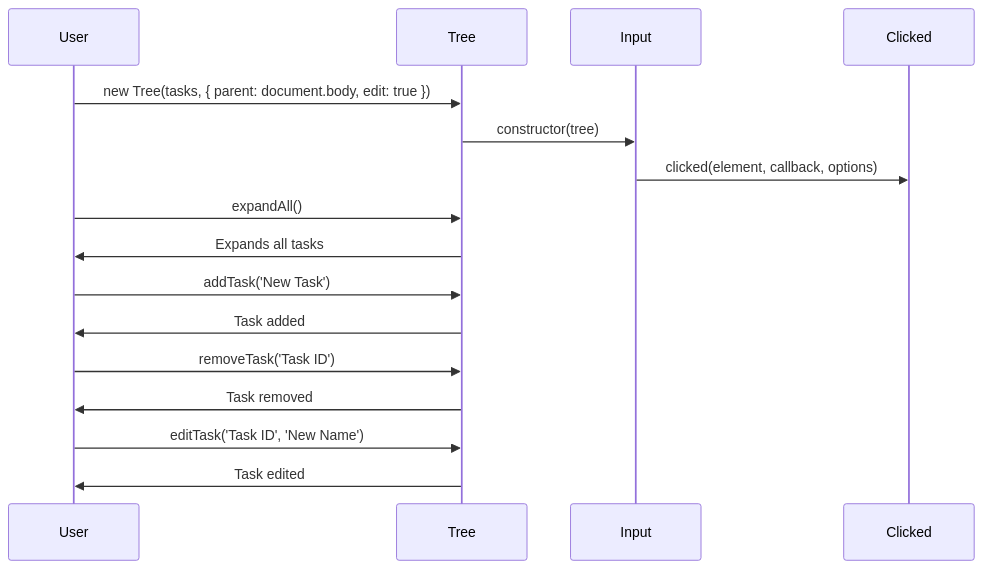
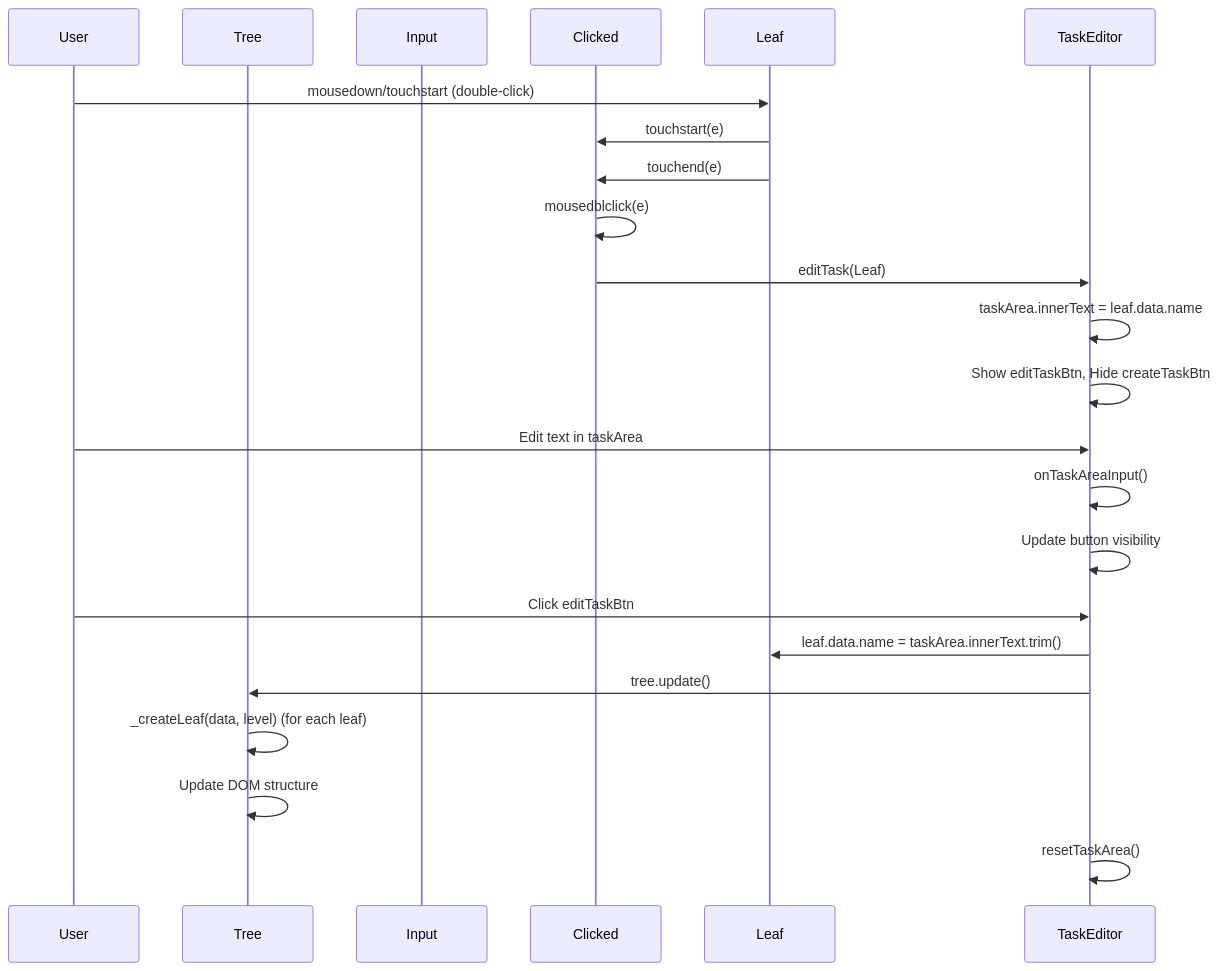
The first of 2 diagrams in README.md (alexut/taskape-editor), drawn with Mermaid before and after one commit. The commit also changed other lines of this file and 23 other files, not shown here.

````diff
--- a/README.md
+++ b/README.md
@@ -9,19 +9,28 @@
 ```mermaid
 sequenceDiagram
     participant User
     participant Tree
     participant Input
     participant Clicked
+    participant Leaf
+    participant TaskEditor
 
-    User->>Tree: new Tree(tasks, { parent: document.body, edit: true })
-    Tree->>Input: constructor(tree)
-    Input->>Clicked: clicked(element, callback, options)
-    User->>Tree: expandAll()
-    Tree->>User: Expands all tasks
-    User->>Tree: addTask('New Task')
-    Tree->>User: Task added
-    User->>Tree: removeTask('Task ID')
-    Tree->>User: Task removed
-    User->>Tree: editTask('Task ID', 'New Name')
-    Tree->>User: Task edited
+    User->>Leaf: mousedown/touchstart (double-click)
+    Leaf->>Clicked: touchstart(e)
+    Leaf->>Clicked: touchend(e)
+    Clicked->>Clicked: mousedblclick(e)
+    Clicked->>TaskEditor: editTask(Leaf)
+    TaskEditor->>TaskEditor: taskArea.innerText = leaf.data.name
+    TaskEditor->>TaskEditor: Show editTaskBtn, Hide createTaskBtn
+
+    User->>TaskEditor: Edit text in taskArea
+    TaskEditor->>TaskEditor: onTaskAreaInput()
+    TaskEditor->>TaskEditor: Update button visibility
+
+    User->>TaskEditor: Click editTaskBtn
+    TaskEditor->>Leaf: leaf.data.name = taskArea.innerText.trim()
+    TaskEditor->>Tree: tree.update()
+    Tree->>Tree: _createLeaf(data, level) (for each leaf)
+    Tree->>Tree: Update DOM structure
+    TaskEditor->>TaskEditor: resetTaskArea()
 ```
````
